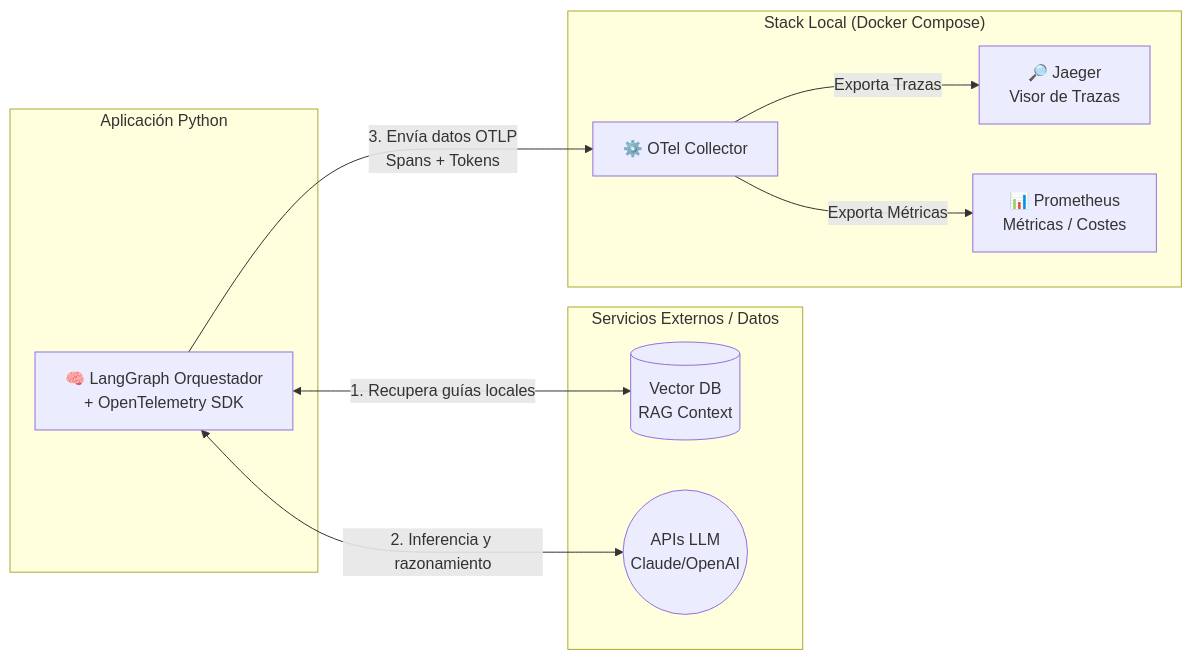
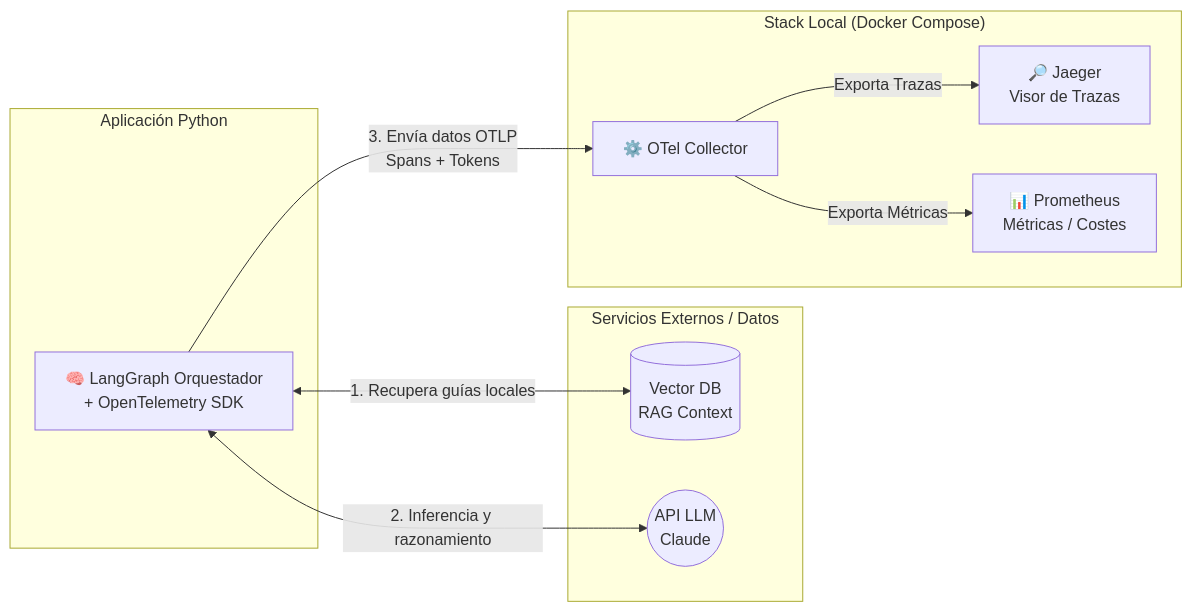
One commit to sruizcombariza/code-analyzer-agent changed the second of 2 diagrams in README.md. Above: the diagram before and after it, drawn with Mermaid. The commit also changed 16 other files, not shown here.

````diff
--- a/README.md
+++ b/README.md
@@ -43,26 +43,26 @@
 ```mermaid
 graph LR
     subgraph App ["Aplicación Python"]
         AGENT[🧠 LangGraph Orquestador<br>+ OpenTelemetry SDK]
     end
 
     subgraph Dependencias ["Servicios Externos / Datos"]
         VDB[(Vector DB<br>RAG Context)]
-        LLM((APIs LLM<br>Claude/OpenAI))
+        LLM((API LLM<br>Claude))
     end
 
     subgraph Observabilidad ["Stack Local (Docker Compose)"]
         COL[⚙️ OTel Collector]
         JAE[🔎 Jaeger<br>Visor de Trazas]
         PRO[📊 Prometheus<br>Métricas / Costes]
     end
 
     %% Flujo de datos y ejecución
     AGENT <-->|1. Recupera guías locales| VDB
     AGENT <-->|2. Inferencia y razonamiento| LLM
     
     %% Flujo de telemetría
     AGENT -->|3. Envía datos OTLP<br>Spans + Tokens| COL
     COL -->|Exporta Trazas| JAE
     COL -->|Exporta Métricas| PRO
 ```     
````
